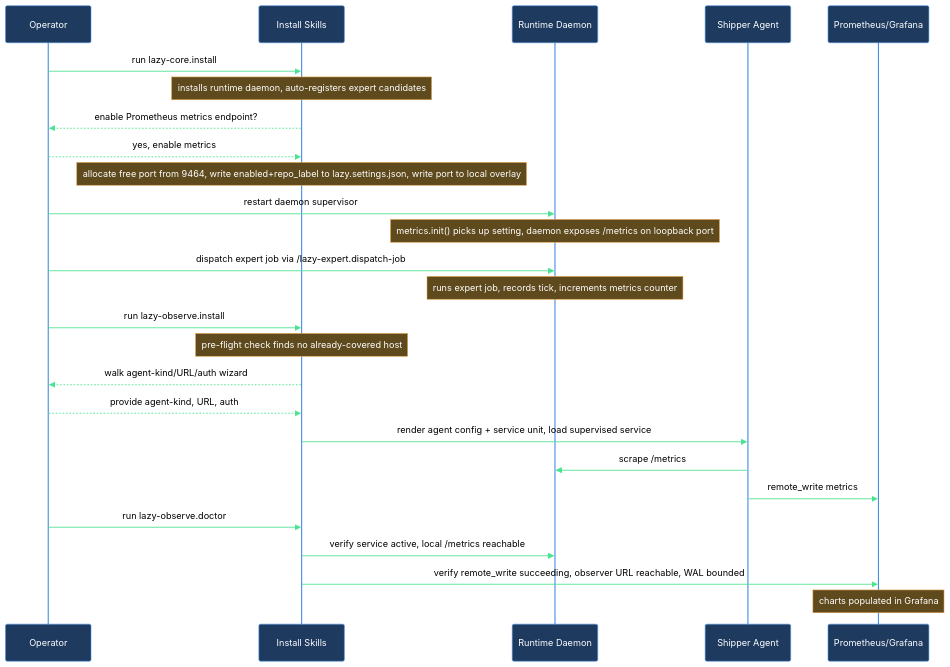
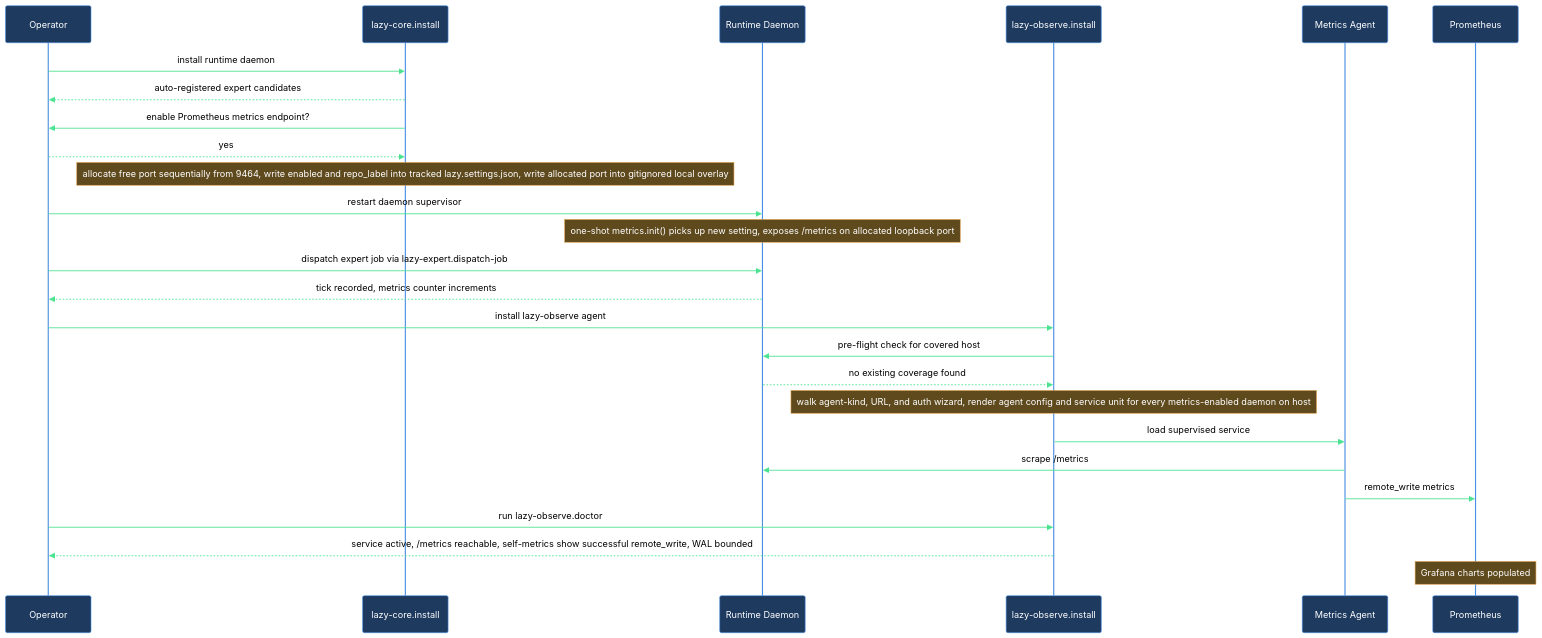
One commit to mebius-san/lazy-cortex changed the diagram in claude/lazycortex-observe/help/walkthroughs/ship-metrics-end-to-end.md. Above: the diagram before and after it, drawn with Mermaid. The commit also changed other lines of this file and 35 other files, not shown here.

Commit message:
publish core 5.17.1, observe 0.7.1 — per-expert job metrics + Expert health dashboard table

````diff
--- a/claude/lazycortex-observe/help/walkthroughs/ship-metrics-end-to-end.md
+++ b/claude/lazycortex-observe/help/walkthroughs/ship-metrics-end-to-end.md
@@ -80,30 +80,30 @@
 ```mermaid
 %%{init: {'themeVariables':{'background':'transparent','primaryColor':'#1e3a5f','primaryBorderColor':'#4a90e2','primaryTextColor':'#fff','lineColor':'#4ae290','actorBkg':'#1e3a5f','actorBorder':'#4a90e2','actorTextColor':'#fff','actorLineColor':'#4a90e2','signalColor':'#4ae290','signalTextColor':'#000','noteBkgColor':'#5f4a1e','noteBorderColor':'#e2a14a','noteTextColor':'#fff','labelBoxBkgColor':'#5f4a1e','labelBoxBorderColor':'#e2a14a','labelTextColor':'#fff','loopTextColor':'#e2a14a'},'sequence':{'diagramPadding':5,'useMaxWidth':true}}}%%
 sequenceDiagram
   participant operator as Operator
-  participant installSkill as Install Skills
+  participant installer as lazy-core.install
   participant daemon as Runtime Daemon
-  participant shipperAgent as Shipper Agent
-  participant prometheus as Prometheus/Grafana
+  participant observeInstall as lazy-observe.install
+  participant metricsAgent as Metrics Agent
+  participant prometheus as Prometheus
 
-  operator->>installSkill: run lazy-core.install
-  Note over installSkill: installs runtime daemon, auto-registers expert candidates
-  installSkill-->>operator: enable Prometheus metrics endpoint?
-  operator-->>installSkill: yes, enable metrics
-  Note over installSkill: allocate free port from 9464, write enabled+repo_label to lazy.settings.json, write port to local overlay
+  operator->>installer: install runtime daemon
+  installer-->>operator: auto-registered expert candidates
+  installer->>operator: enable Prometheus metrics endpoint?
+  operator-->>installer: yes
+  Note over installer: allocate free port sequentially from 9464, write enabled and repo_label into tracked lazy.settings.json, write allocated port into gitignored local overlay
   operator->>daemon: restart daemon supervisor
-  Note over daemon: metrics.init() picks up setting, daemon exposes /metrics on loopback port
-  operator->>daemon: dispatch expert job via /lazy-expert.dispatch-job
-  Note over daemon: runs expert job, records tick, increments metrics counter
-  operator->>installSkill: run lazy-observe.install
-  Note over installSkill: pre-flight check finds no already-covered host
-  installSkill-->>operator: walk agent-kind/URL/auth wizard
-  operator-->>installSkill: provide agent-kind, URL, auth
-  installSkill->>shipperAgent: render agent config + service unit, load supervised service
-  shipperAgent->>daemon: scrape /metrics
-  shipperAgent->>prometheus: remote_write metrics
-  operator->>installSkill: run lazy-observe.doctor
-  installSkill->>daemon: verify service active, local /metrics reachable
-  installSkill->>prometheus: verify remote_write succeeding, observer URL reachable, WAL bounded
-  Note over prometheus: charts populated in Grafana
+  Note over daemon: one-shot metrics.init() picks up new setting, exposes /metrics on allocated loopback port
+  operator->>daemon: dispatch expert job via lazy-expert.dispatch-job
+  daemon-->>operator: tick recorded, metrics counter increments
+  operator->>observeInstall: install lazy-observe agent
+  observeInstall->>daemon: pre-flight check for covered host
+  daemon-->>observeInstall: no existing coverage found
+  Note over observeInstall: walk agent-kind, URL, and auth wizard, render agent config and service unit for every metrics-enabled daemon on host
+  observeInstall->>metricsAgent: load supervised service
+  metricsAgent->>daemon: scrape /metrics
+  metricsAgent->>prometheus: remote_write metrics
+  operator->>observeInstall: run lazy-observe.doctor
+  observeInstall-->>operator: service active, /metrics reachable, self-metrics show successful remote_write, WAL bounded
+  Note over prometheus: Grafana charts populated
 ```
````
